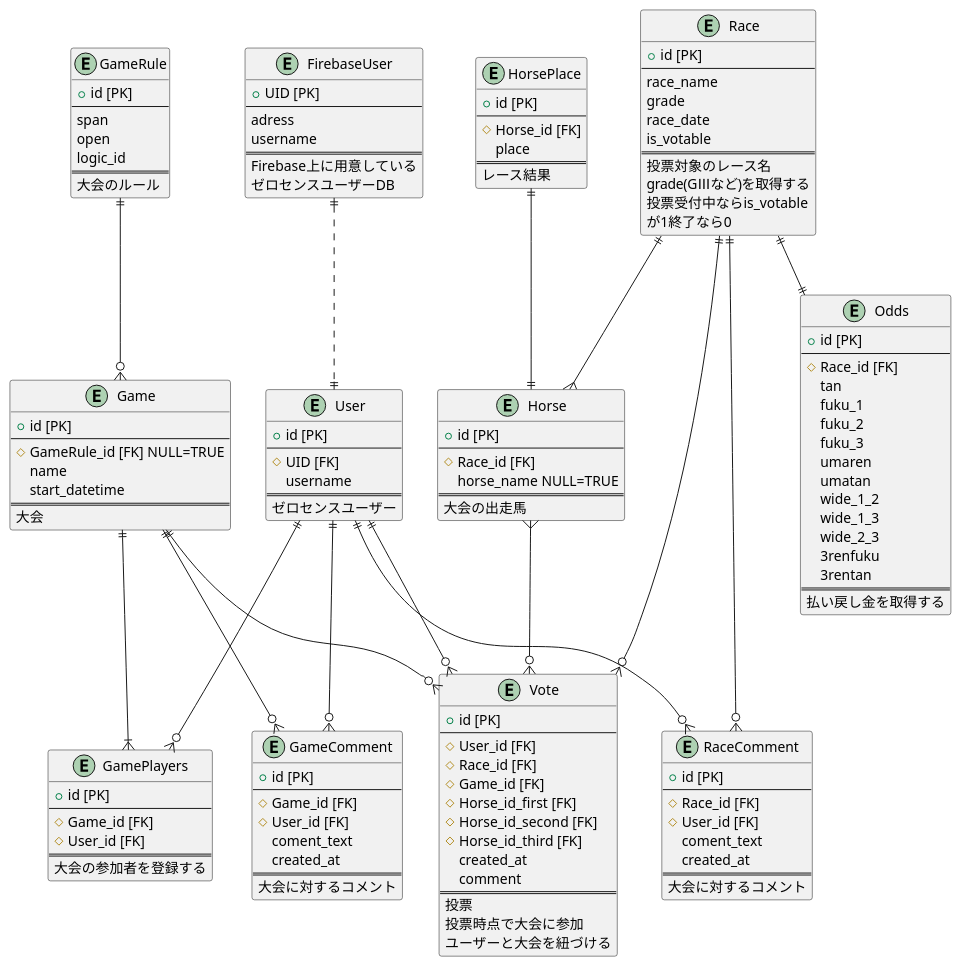
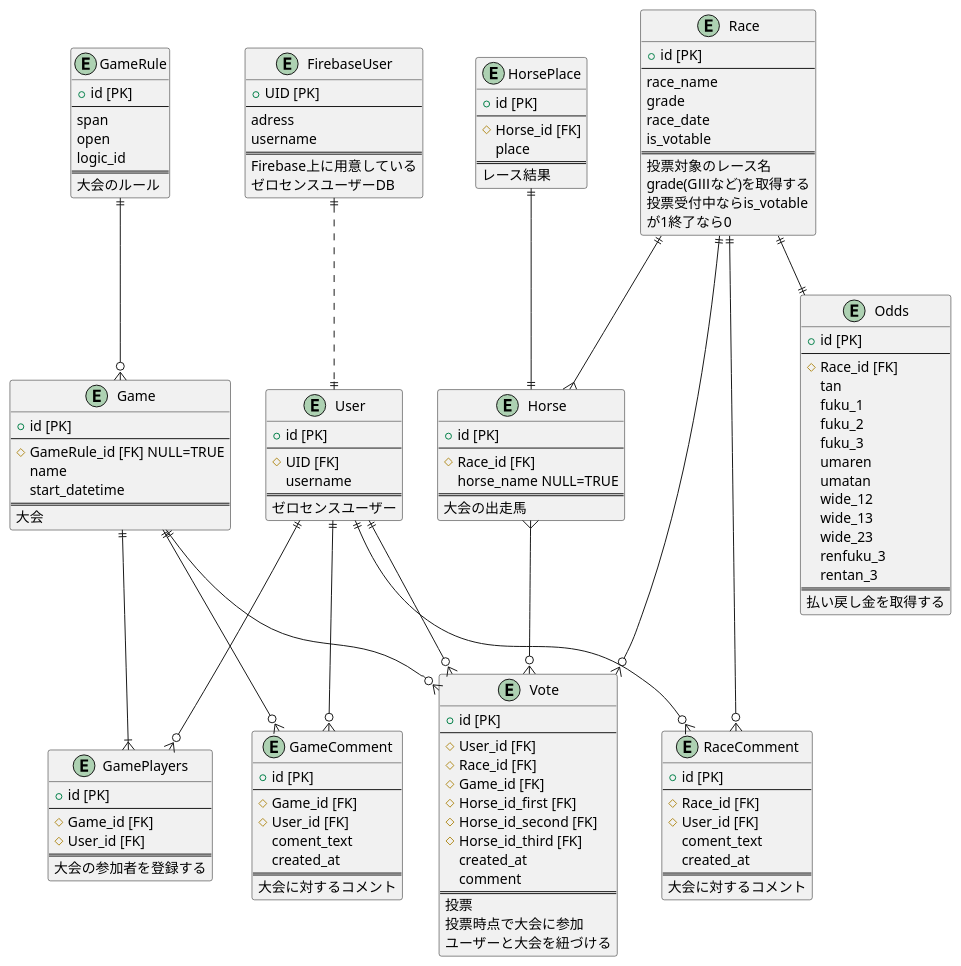
Before and after one commit to Kengo106/zerosense: the diagram in UML/ER.pu, drawn with PlantUML. The commit also changed 22 other files, not shown here.

```diff
--- a/UML/ER.pu
+++ b/UML/ER.pu
@@ -1,157 +1,157 @@
-@startuml 20230907_ER図
+@startuml 20230911_ER図
 
 
 entity HorsePlace {
   + id [PK]
   --
   # Horse_id [FK]
   place
   ==
   レース結果
 }
 
 entity User {
   + id [PK]
   --
   # UID [FK]
   username
   ==
   ゼロセンスユーザー
 }
 
 entity FirebaseUser {
   + UID [PK]
   --
   adress 
   username
   ==
   Firebase上に用意している
   ゼロセンスユーザーDB
 }
 
 entity Game {
   + id [PK]
   --
   # GameRule_id [FK] NULL=TRUE
   name
   start_datetime
   ==
   大会
 }
 
 entity GameRule {
   + id [PK]
   --
   span
   open
   logic_id
   ==
   大会のルール
 }
 
 entity Vote {
   + id [PK]
   --
   # User_id [FK]
   # Race_id [FK]
   # Game_id [FK]
   # Horse_id_first [FK]
   # Horse_id_second [FK]
   # Horse_id_third [FK]
   created_at
   comment
   ==
   投票
   投票時点で大会に参加
   ユーザーと大会を紐づける
 }
 
 entity Race{
   + id [PK]
   --
   race_name
   grade
   race_date
   is_votable
   ==
   投票対象のレース名
   grade(GⅢなど)を取得する  
   投票受付中ならis_votable
   が1終了なら0
 }
 
 entity Horse {
   + id [PK]
   --
   # Race_id [FK] 
   horse_name NULL=TRUE
   ==
   大会の出走馬
 }
 
 entity Odds {
   + id [PK]
   --
   # Race_id [FK]
   tan
   fuku_1
   fuku_2
   fuku_3
   umaren
   umatan
-  wide_1_2
-  wide_1_3
-  wide_2_3
-  3renfuku
-  3rentan
+  wide_12
+  wide_13
+  wide_23
+  renfuku_3
+  rentan_3
   ==
   払い戻し金を取得する
 }
 
 entity GameComment {
   + id [PK]
   --
   # Game_id [FK]
   # User_id [FK]
   coment_text
   created_at
   ==
   大会に対するコメント
 }
 
 entity GamePlayers {
   + id [PK]
   --
   # Game_id [FK]
   # User_id [FK]
   ==
   大会の参加者を登録する
 }
 
 entity RaceComment {
   + id [PK]
   --
   # Race_id [FK]
   # User_id [FK]
   coment_text
   created_at
   ==
   大会に対するコメント
 }
 
 Race ||--|| Odds
 User ||--o{ Vote
 Horse }--o{ Vote
 Race ||--o{ Vote
 Game ||--o{ Vote
 Race ||--{ Horse
 User ||--o{ GameComment
 Game ||--o{ GameComment
 User ||--o{ RaceComment
 Race ||--o{ RaceComment
 GameRule ||--o{ Game
 HorsePlace ||--|| Horse
 FirebaseUser ||..|| User
 Game ||--|{ GamePlayers
 User ||--o{ GamePlayers
 @enduml
```
